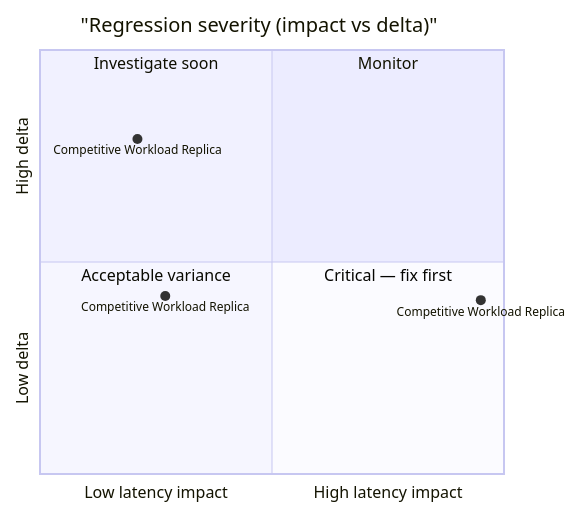
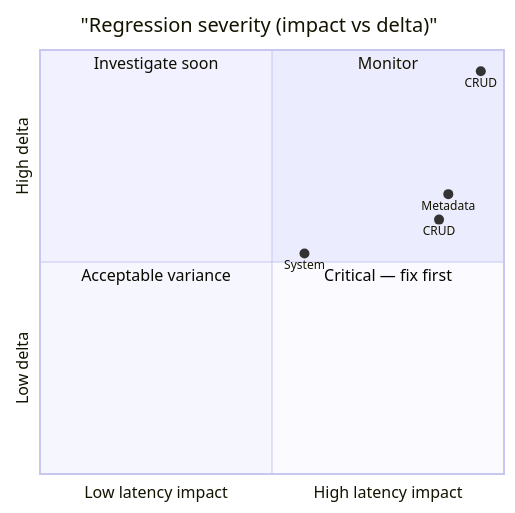
One commit to SveltyCMS/SveltyCMS changed the second of 2 diagrams in docs/project/benchmarks/benchmark_sqlite.mdx. Above: the diagram before and after it, drawn with Mermaid. The commit also changed other lines of this file and 219 other files, not shown here.

````diff
--- a/docs/project/benchmarks/benchmark_sqlite.mdx
+++ b/docs/project/benchmarks/benchmark_sqlite.mdx
@@ -104,13 +98,14 @@
 ```mermaid
 quadrantChart
   title "Regression severity (impact vs delta)"
   x-axis Low latency impact --> High latency impact
   y-axis Low delta --> High delta
   quadrant-1 Monitor
   quadrant-2 Investigate soon
   quadrant-3 Acceptable variance
   quadrant-4 Critical — fix first
-    Competitive Workload Replica: [0.27, 0.42]
-    Competitive Workload Replica: [0.21, 0.79]
-    Competitive Workload Replica: [0.95, 0.41]
+    System: [0.57, 0.52]
+    Metadata: [0.88, 0.66]
+    CRUD: [0.86, 0.60]
+    CRUD: [0.95, 0.95]
 ```
````
